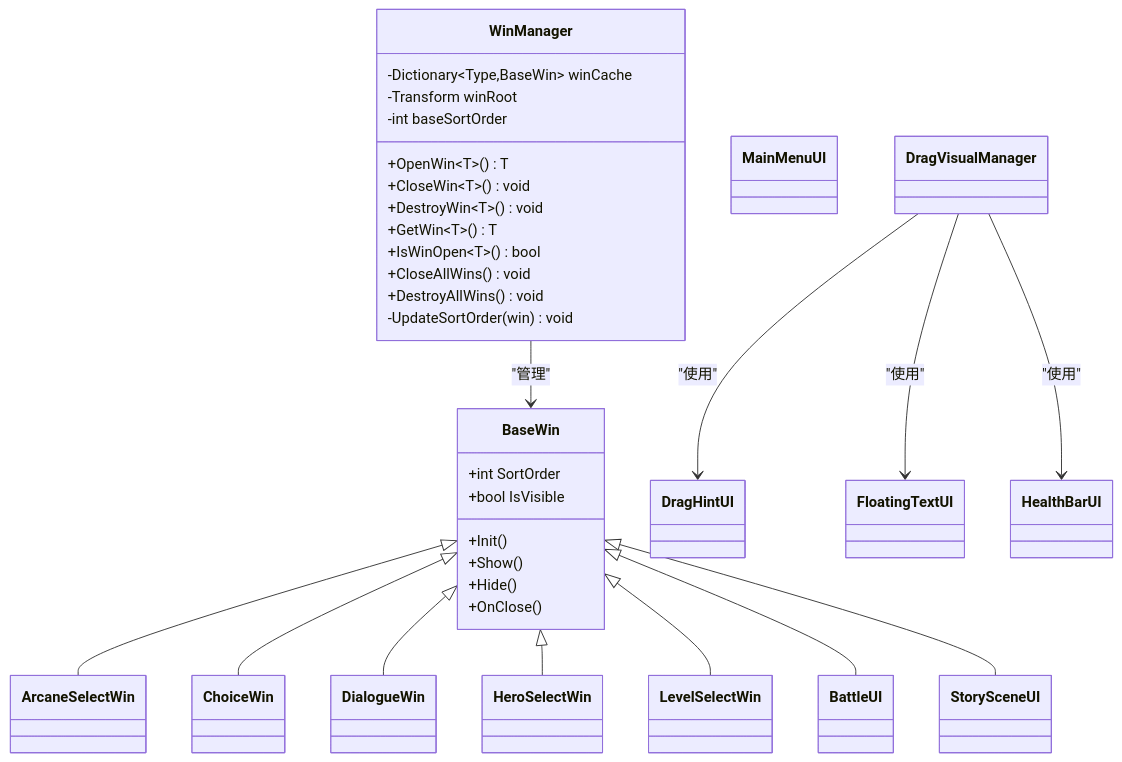
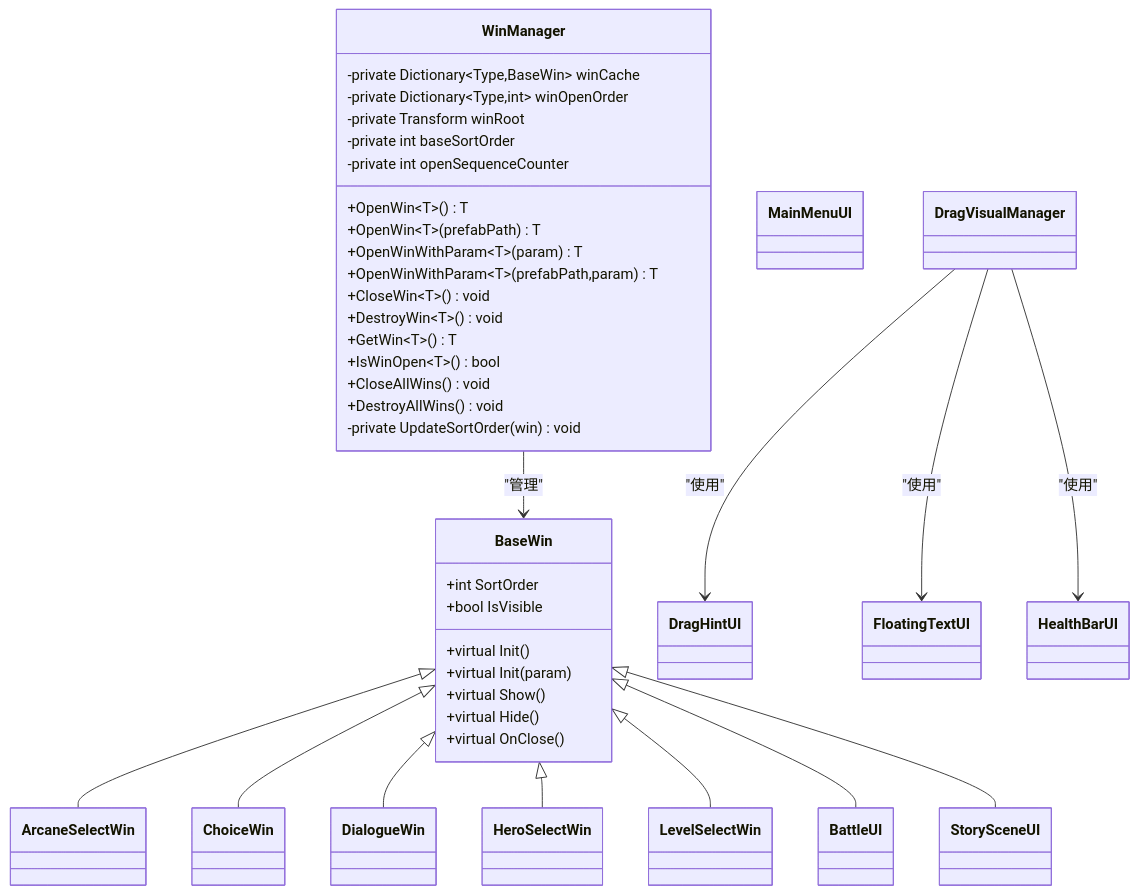
Before and after one commit to Tuusen/p1_client: the second of 7 diagrams in .qoder/repowiki/zh/content/用户界面系统/用户界面系统.md, drawn with Mermaid. The commit also changed other lines of this file and 25 other files, not shown here.

````diff
--- a/.qoder/repowiki/zh/content/用户界面系统/用户界面系统.md
+++ b/.qoder/repowiki/zh/content/用户界面系统/用户界面系统.md
@@ -127,47 +127,53 @@
 ```mermaid
 classDiagram
 class BaseWin {
 +int SortOrder
 +bool IsVisible
-+Init()
-+Show()
-+Hide()
-+OnClose()
++virtual Init()
++virtual Init(param)
++virtual Show()
++virtual Hide()
++virtual OnClose()
 }
 class WinManager {
--Dictionary~Type,BaseWin~ winCache
--Transform winRoot
--int baseSortOrder
+-private Dictionary~Type,BaseWin~ winCache
+-private Dictionary~Type,int~ winOpenOrder
+-private Transform winRoot
+-private int baseSortOrder
+-private int openSequenceCounter
 +OpenWin~T~() T
++OpenWin~T~(prefabPath) T
++OpenWinWithParam~T~(param) T
++OpenWinWithParam~T~(prefabPath,param) T
 +CloseWin~T~() void
 +DestroyWin~T~() void
 +GetWin~T~() T
 +IsWinOpen~T~() bool
 +CloseAllWins() void
 +DestroyAllWins() void
--UpdateSortOrder(win) void
+-private UpdateSortOrder(win) void
 }
 class BattleUI
 class MainMenuUI
 class StorySceneUI
 class ArcaneSelectWin
 class ChoiceWin
 class DialogueWin
 class HeroSelectWin
 class LevelSelectWin
 class DragHintUI
 class FloatingTextUI
 class HealthBarUI
 class DragVisualManager
 BaseWin <|-- ArcaneSelectWin
 BaseWin <|-- ChoiceWin
 BaseWin <|-- DialogueWin
 BaseWin <|-- HeroSelectWin
 BaseWin <|-- LevelSelectWin
 BaseWin <|-- BattleUI
 BaseWin <|-- StorySceneUI
 WinManager --> BaseWin : "管理"
 DragVisualManager --> DragHintUI : "使用"
 DragVisualManager --> FloatingTextUI : "使用"
 DragVisualManager --> HealthBarUI : "使用"
 ```
````
